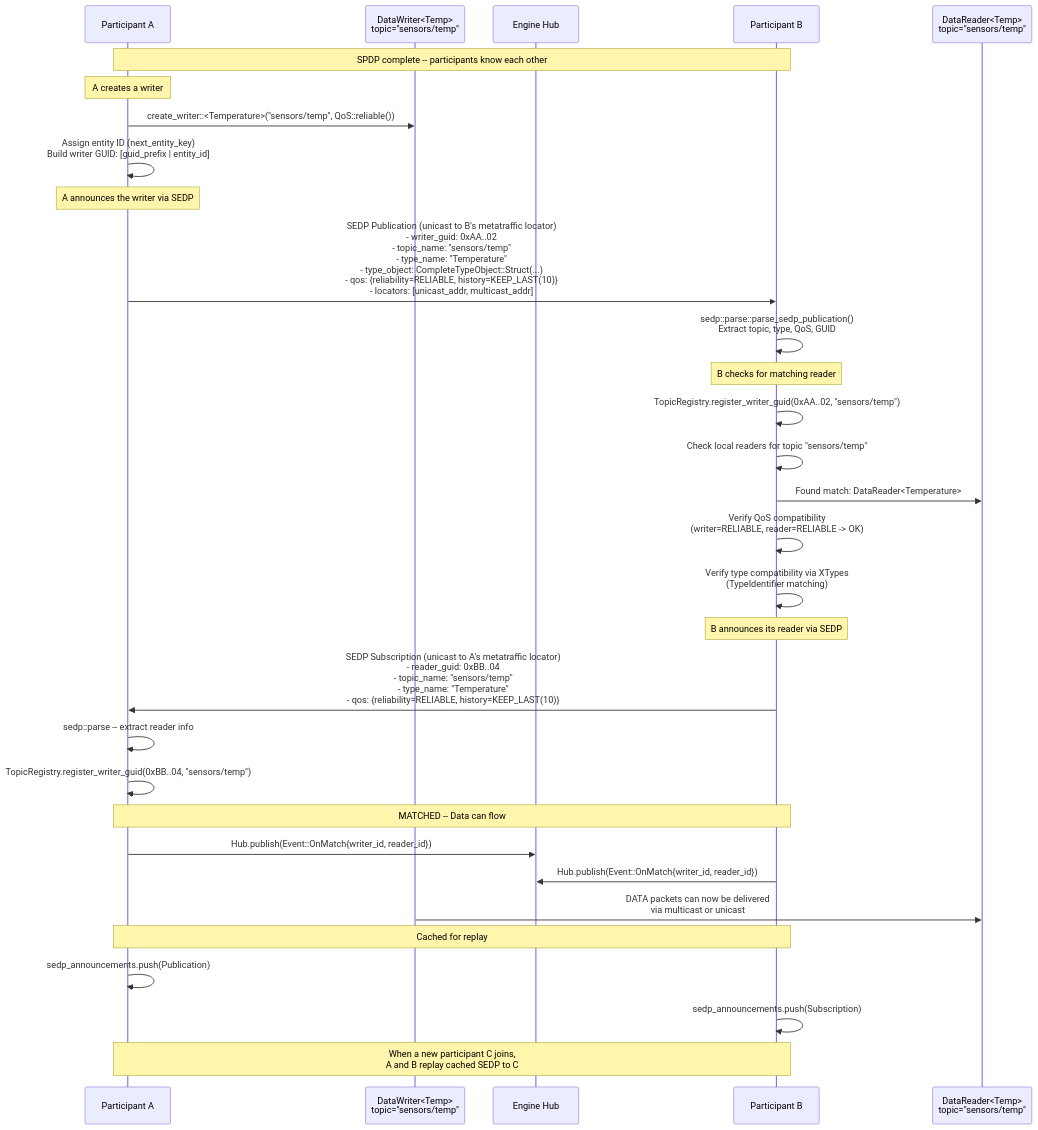
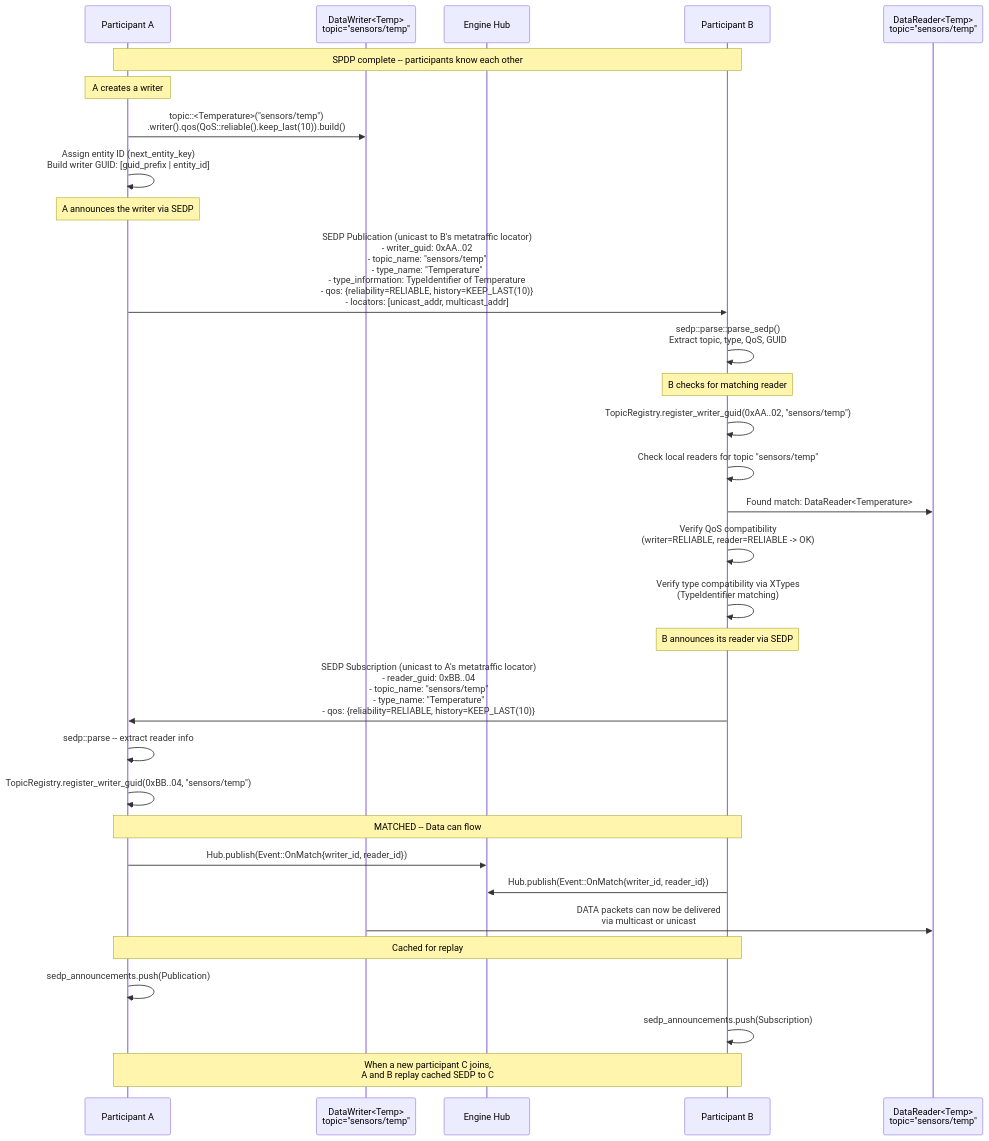
Before and after one commit to hdds-team/hdds: the second of 9 diagrams in docs/sequence-diagrams.md, drawn with Mermaid. The commit also changed other lines of this file and 1712 other files, not shown here.

````diff
--- a/docs/sequence-diagrams.md
+++ b/docs/sequence-diagrams.md
@@ -70,42 +68,42 @@
 ```mermaid
 sequenceDiagram
     participant A as Participant A
     participant AW as DataWriter<Temp><br/>topic="sensors/temp"
     participant BUS as Engine Hub
     participant B as Participant B
     participant BR as DataReader<Temp><br/>topic="sensors/temp"
 
     Note over A,B: SPDP complete -- participants know each other
 
     Note over A: A creates a writer
-    A->>AW: create_writer::<Temperature>("sensors/temp", QoS::reliable())
+    A->>AW: topic::<Temperature>("sensors/temp")<br/>.writer().qos(QoS::reliable().keep_last(10)).build()
     A->>A: Assign entity ID (next_entity_key)<br/>Build writer GUID: [guid_prefix | entity_id]
 
     Note over A: A announces the writer via SEDP
-    A->>B: SEDP Publication (unicast to B's metatraffic locator)<br/>- writer_guid: 0xAA..02<br/>- topic_name: "sensors/temp"<br/>- type_name: "Temperature"<br/>- type_object: CompleteTypeObject::Struct(...)<br/>- qos: {reliability=RELIABLE, history=KEEP_LAST(10)}<br/>- locators: [unicast_addr, multicast_addr]
-    B->>B: sedp::parse::parse_sedp_publication()<br/>Extract topic, type, QoS, GUID
+    A->>B: SEDP Publication (unicast to B's metatraffic locator)<br/>- writer_guid: 0xAA..02<br/>- topic_name: "sensors/temp"<br/>- type_name: "Temperature"<br/>- type_information: TypeIdentifier of Temperature<br/>- qos: {reliability=RELIABLE, history=KEEP_LAST(10)}<br/>- locators: [unicast_addr, multicast_addr]
+    B->>B: sedp::parse::parse_sedp()<br/>Extract topic, type, QoS, GUID
 
     Note over B: B checks for matching reader
     B->>B: TopicRegistry.register_writer_guid(0xAA..02, "sensors/temp")
     B->>B: Check local readers for topic "sensors/temp"
     B->>BR: Found match: DataReader<Temperature>
     B->>B: Verify QoS compatibility<br/>(writer=RELIABLE, reader=RELIABLE -> OK)
     B->>B: Verify type compatibility via XTypes<br/>(TypeIdentifier matching)
 
     Note over B: B announces its reader via SEDP
     B->>A: SEDP Subscription (unicast to A's metatraffic locator)<br/>- reader_guid: 0xBB..04<br/>- topic_name: "sensors/temp"<br/>- type_name: "Temperature"<br/>- qos: {reliability=RELIABLE, history=KEEP_LAST(10)}
     A->>A: sedp::parse -- extract reader info
     A->>A: TopicRegistry.register_writer_guid(0xBB..04, "sensors/temp")
 
     Note over A,B: MATCHED -- Data can flow
 
     A->>BUS: Hub.publish(Event::OnMatch{writer_id, reader_id})
     B->>BUS: Hub.publish(Event::OnMatch{writer_id, reader_id})
 
     AW->>BR: DATA packets can now be delivered<br/>via multicast or unicast
 
     Note over A,B: Cached for replay
     A->>A: sedp_announcements.push(Publication)
     B->>B: sedp_announcements.push(Subscription)
     Note over A,B: When a new participant C joins,<br/>A and B replay cached SEDP to C
 ```
````
